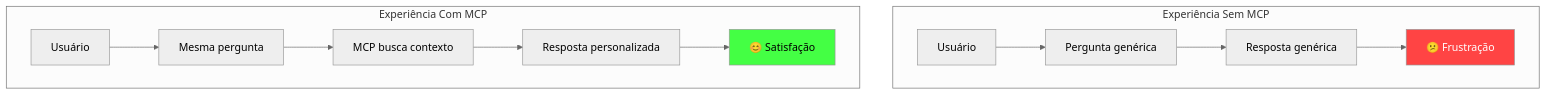
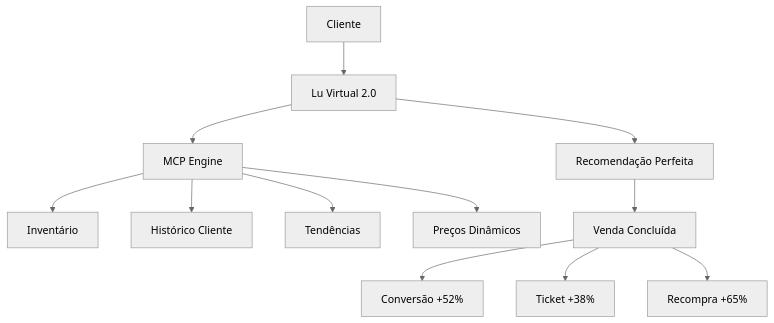
Before and after one commit to felipepimentel/my-public-notes: the ninth of 25 diagrams in AI/Comunicação/MCP/00-mcp-presentation-product.md, drawn with Mermaid (neutral theme). The commit also changed other lines of this file, not shown here.

````diff
--- a/AI/Comunicação/MCP/00-mcp-presentation-product.md
+++ b/AI/Comunicação/MCP/00-mcp-presentation-product.md
@@ -181,18 +218,17 @@
 ```mermaid
 graph TD
-    subgraph "Experiência Sem MCP"
-        U1[Usuário] --> Q1[Pergunta genérica]
-        Q1 --> R1[Resposta genérica]
-        R1 --> F1[😕 Frustração]
-    end
+    CUST[Cliente] --> LU[Lu Virtual 2.0]
+    LU --> MCP[MCP Engine]
     
-    subgraph "Experiência Com MCP"
-        U2[Usuário] --> Q2[Mesma pergunta]
-        Q2 --> MCP[MCP busca contexto]
-        MCP --> R2[Resposta personalizada]
-        R2 --> F2[😊 Satisfação]
-    end
+    MCP --> INV[Inventário]
+    MCP --> HIST[Histórico Cliente]
+    MCP --> TREND[Tendências]
+    MCP --> PRICE[Preços Dinâmicos]
     
-    style F1 fill:#ff4444,color:#fff
-    style F2 fill:#44ff44,color:#000
+    LU --> REC["Recomendação Perfeita"]
+    REC --> SALE[Venda Concluída]
+    
+    SALE --> KPI1[Conversão +52%]
+    SALE --> KPI2[Ticket +38%]
+    SALE --> KPI3[Recompra +65%]
 ```
````
